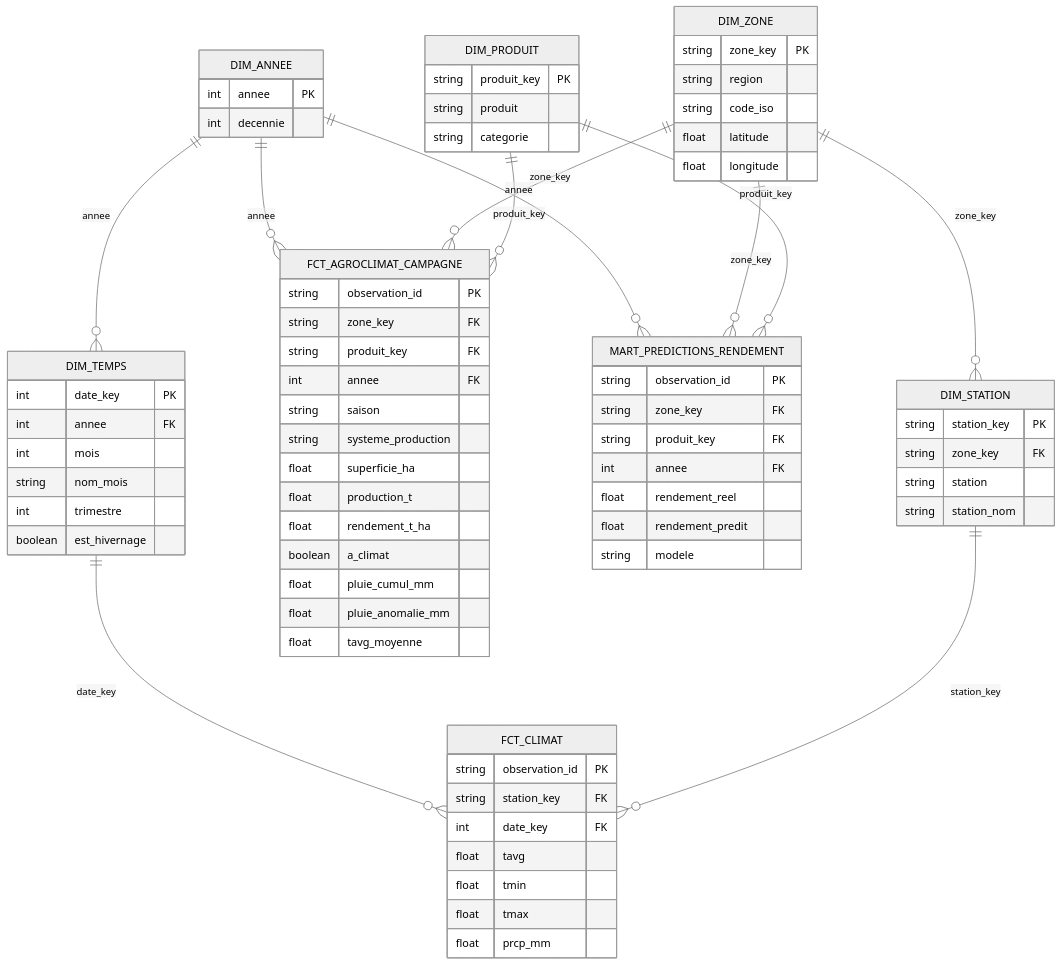
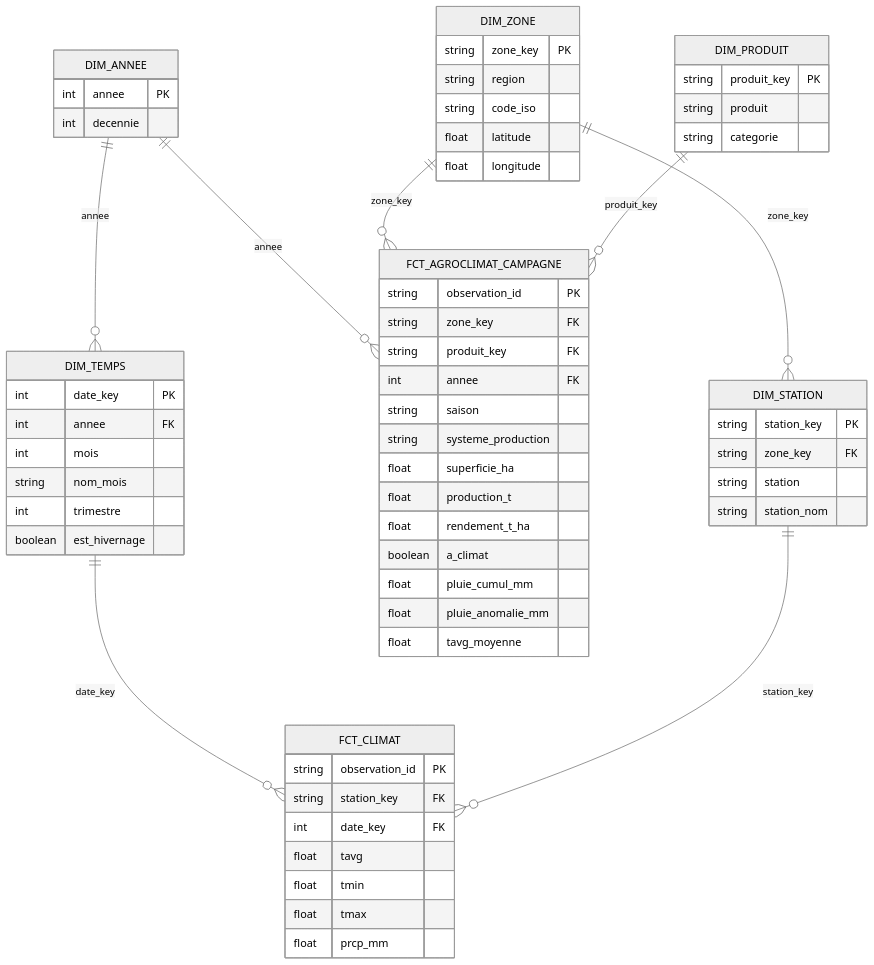
The diagram in dbt_project/README_modelisation_powerbi.md (abdoudjigo/assaman-suuf), drawn with Mermaid (neutral theme) before and after one commit. The commit also changed other lines of this file, not shown here.

Commit message:
refactor(modelisation) : suppression du mart rendement_prediction dans Power BI

````diff
--- a/dbt_project/README_modelisation_powerbi.md
+++ b/dbt_project/README_modelisation_powerbi.md
@@ -41,79 +41,67 @@
 ```mermaid
 erDiagram
     DIM_ANNEE ||--o{ DIM_TEMPS : "annee"
     DIM_ANNEE ||--o{ FCT_AGROCLIMAT_CAMPAGNE : "annee"
-    DIM_ANNEE ||--o{ MART_PREDICTIONS_RENDEMENT : "annee"
     DIM_TEMPS ||--o{ FCT_CLIMAT : "date_key"
 
     DIM_ZONE ||--o{ DIM_STATION : "zone_key"
     DIM_ZONE ||--o{ FCT_AGROCLIMAT_CAMPAGNE : "zone_key"
-    DIM_ZONE ||--o{ MART_PREDICTIONS_RENDEMENT : "zone_key"
     DIM_STATION ||--o{ FCT_CLIMAT : "station_key"
 
     DIM_PRODUIT ||--o{ FCT_AGROCLIMAT_CAMPAGNE : "produit_key"
-    DIM_PRODUIT ||--o{ MART_PREDICTIONS_RENDEMENT : "produit_key"
 
     DIM_ANNEE {
         int annee PK
         int decennie
     }
     DIM_TEMPS {
         int date_key PK
         int annee FK
         int mois
         string nom_mois
         int trimestre
         boolean est_hivernage
     }
     DIM_ZONE {
         string zone_key PK
         string region
         string code_iso
         float latitude
         float longitude
     }
     DIM_STATION {
         string station_key PK
         string zone_key FK
         string station
         string station_nom
     }
     DIM_PRODUIT {
         string produit_key PK
         string produit
         string categorie
     }
     FCT_AGROCLIMAT_CAMPAGNE {
         string observation_id PK
         string zone_key FK
         string produit_key FK
         int annee FK
         string saison
         string systeme_production
         float superficie_ha
         float production_t
         float rendement_t_ha
         boolean a_climat
         float pluie_cumul_mm
         float pluie_anomalie_mm
         float tavg_moyenne
     }
     FCT_CLIMAT {
         string observation_id PK
         string station_key FK
         int date_key FK
         float tavg
         float tmin
         float tmax
         float prcp_mm
     }
-    MART_PREDICTIONS_RENDEMENT {
-        string observation_id PK
-        string zone_key FK
-        string produit_key FK
-        int annee FK
-        float rendement_reel
-        float rendement_predit
-        string modele
-    }
 ```
````
